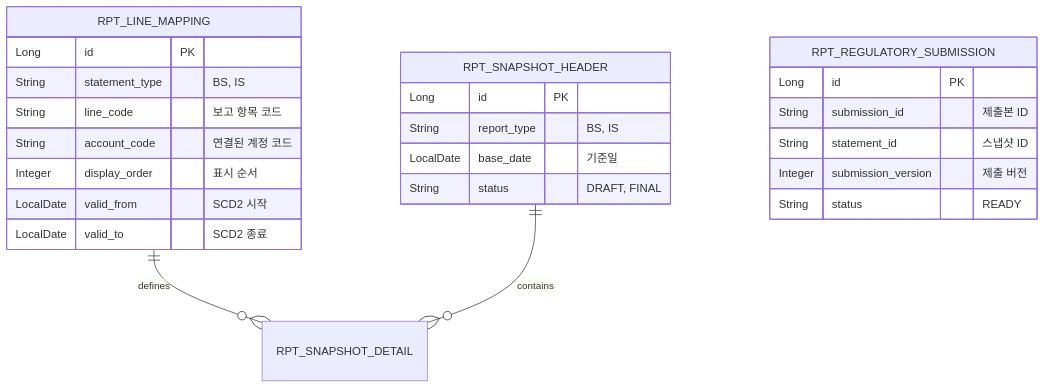
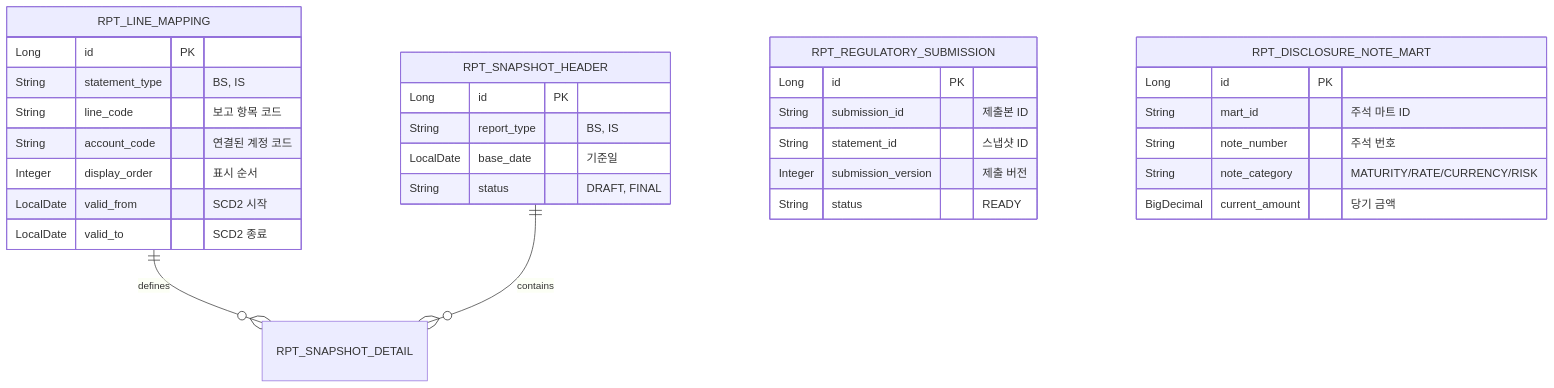
One commit to skyg547/account changed the third of 3 diagrams in reporting/README.md. Above: the diagram before and after it, drawn with Mermaid. The commit also changed other lines of this file and 23 other files, not shown here.

Commit message:
Add reporting disclosure note mart

````diff
--- a/reporting/README.md
+++ b/reporting/README.md
@@ -66,30 +74,38 @@
 ```mermaid
 erDiagram
     RPT_LINE_MAPPING ||--o{ RPT_SNAPSHOT_DETAIL : "defines"
     RPT_SNAPSHOT_HEADER ||--o{ RPT_SNAPSHOT_DETAIL : "contains"
 
     RPT_LINE_MAPPING {
         Long id PK
         String statement_type "BS, IS"
         String line_code "보고 항목 코드"
         String account_code "연결된 계정 코드"
         Integer display_order "표시 순서"
         LocalDate valid_from "SCD2 시작"
         LocalDate valid_to "SCD2 종료"
     }
     
     RPT_SNAPSHOT_HEADER {
         Long id PK
         String report_type "BS, IS"
         LocalDate base_date "기준일"
         String status "DRAFT, FINAL"
     }
 
     RPT_REGULATORY_SUBMISSION {
         Long id PK
         String submission_id "제출본 ID"
         String statement_id "스냅샷 ID"
         Integer submission_version "제출 버전"
         String status "READY"
     }
+
+    RPT_DISCLOSURE_NOTE_MART {
+        Long id PK
+        String mart_id "주석 마트 ID"
+        String note_number "주석 번호"
+        String note_category "MATURITY/RATE/CURRENCY/RISK"
+        BigDecimal current_amount "당기 금액"
+    }
 ```
````
